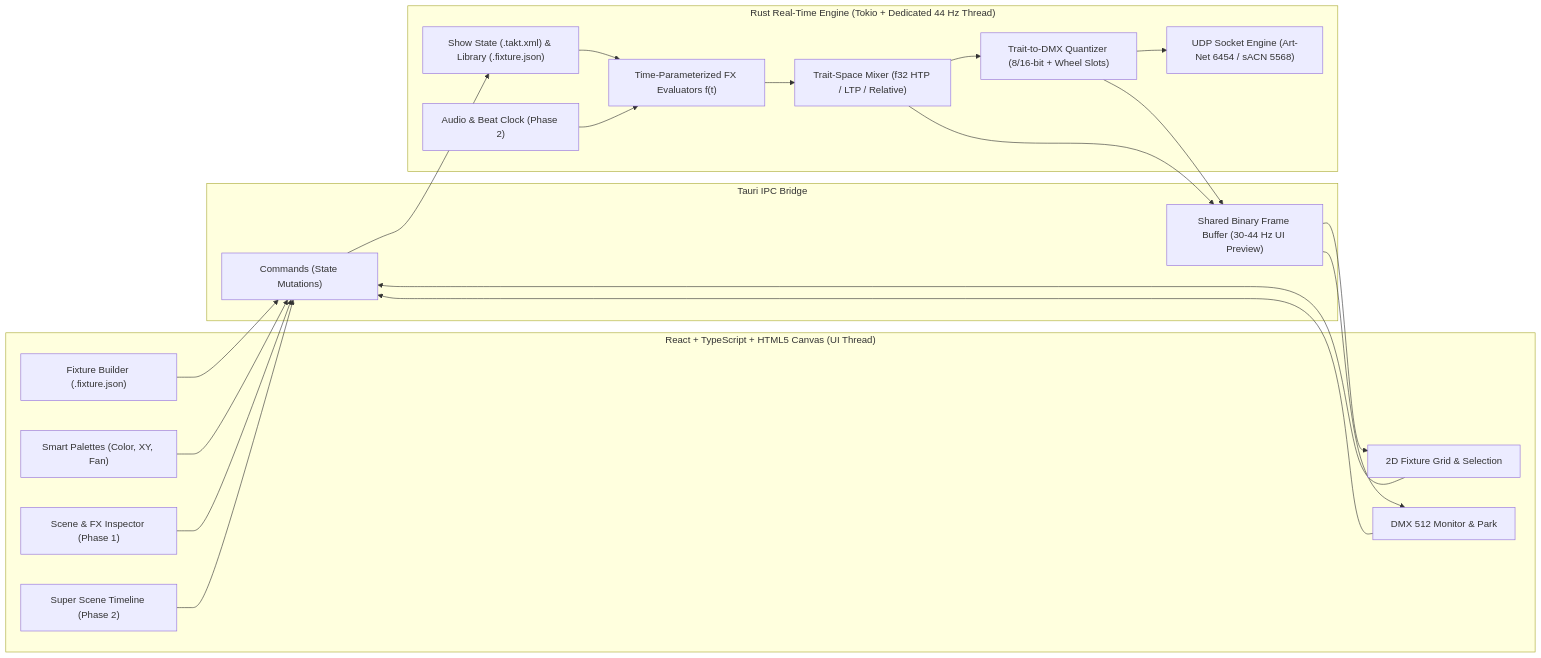
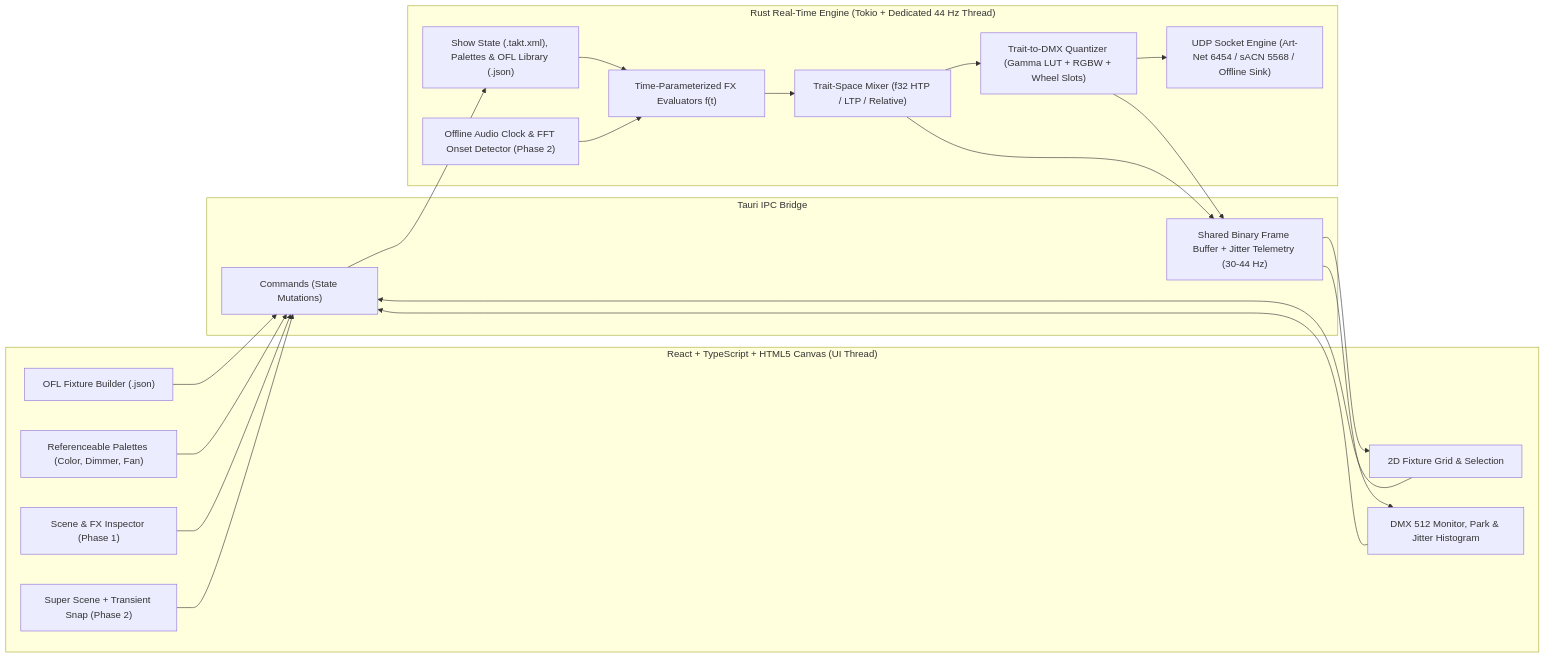
One commit to nksb92/TaktLight changed the diagram in docs/ARCHITECTURE.md. Above: the diagram before and after it, drawn with Mermaid. The commit also changed other lines of this file and 1 other file, not shown here.

Commit message:
Adopt native OFL JSON format, defer moving lights to Phase 3, and add Palettes, Gamma LUT, Offline FFT Transients, and Jitter Histogram

````diff
--- a/docs/ARCHITECTURE.md
+++ b/docs/ARCHITECTURE.md
@@ -24,42 +27,42 @@
 ```mermaid
 flowchart LR
     subgraph Frontend["React + TypeScript + HTML5 Canvas (UI Thread)"]
-        FB["Fixture Builder (.fixture.json)"]
+        FB["OFL Fixture Builder (.json)"]
         GRID["2D Fixture Grid & Selection"]
-        PAL["Smart Palettes (Color, XY, Fan)"]
+        PAL["Referenceable Palettes (Color, Dimmer, Fan)"]
         SC["Scene & FX Inspector (Phase 1)"]
-        SS["Super Scene Timeline (Phase 2)"]
-        MON["DMX 512 Monitor & Park"]
+        SS["Super Scene + Transient Snap (Phase 2)"]
+        MON["DMX 512 Monitor, Park & Jitter Histogram"]
     end
 
     subgraph IPC["Tauri IPC Bridge"]
         CMD["Commands (State Mutations)"]
-        EVT["Shared Binary Frame Buffer (30-44 Hz UI Preview)"]
+        EVT["Shared Binary Frame Buffer + Jitter Telemetry (30-44 Hz)"]
     end
 
     subgraph Backend["Rust Real-Time Engine (Tokio + Dedicated 44 Hz Thread)"]
-        STATE["Show State (.takt.xml) & Library (.fixture.json)"]
-        AUDIO["Audio & Beat Clock (Phase 2)"]
+        STATE["Show State (.takt.xml), Palettes & OFL Library (.json)"]
+        AUDIO["Offline Audio Clock & FFT Onset Detector (Phase 2)"]
         FX["Time-Parameterized FX Evaluators f(t)"]
         MIX["Trait-Space Mixer (f32 HTP / LTP / Relative)"]
-        HAL["Trait-to-DMX Quantizer (8/16-bit + Wheel Slots)"]
-        NET["UDP Socket Engine (Art-Net 6454 / sACN 5568)"]
+        HAL["Trait-to-DMX Quantizer (Gamma LUT + RGBW + Wheel Slots)"]
+        NET["UDP Socket Engine (Art-Net 6454 / sACN 5568 / Offline Sink)"]
     end
 
     FB --> CMD
     GRID --> CMD
     PAL --> CMD
     SC --> CMD
     SS --> CMD
     MON --> CMD
     CMD --> STATE
     STATE --> FX
     AUDIO --> FX
     FX --> MIX
     MIX --> HAL
     HAL --> NET
     MIX --> EVT
     HAL --> EVT
     EVT --> GRID
     EVT --> MON
 ```
````
